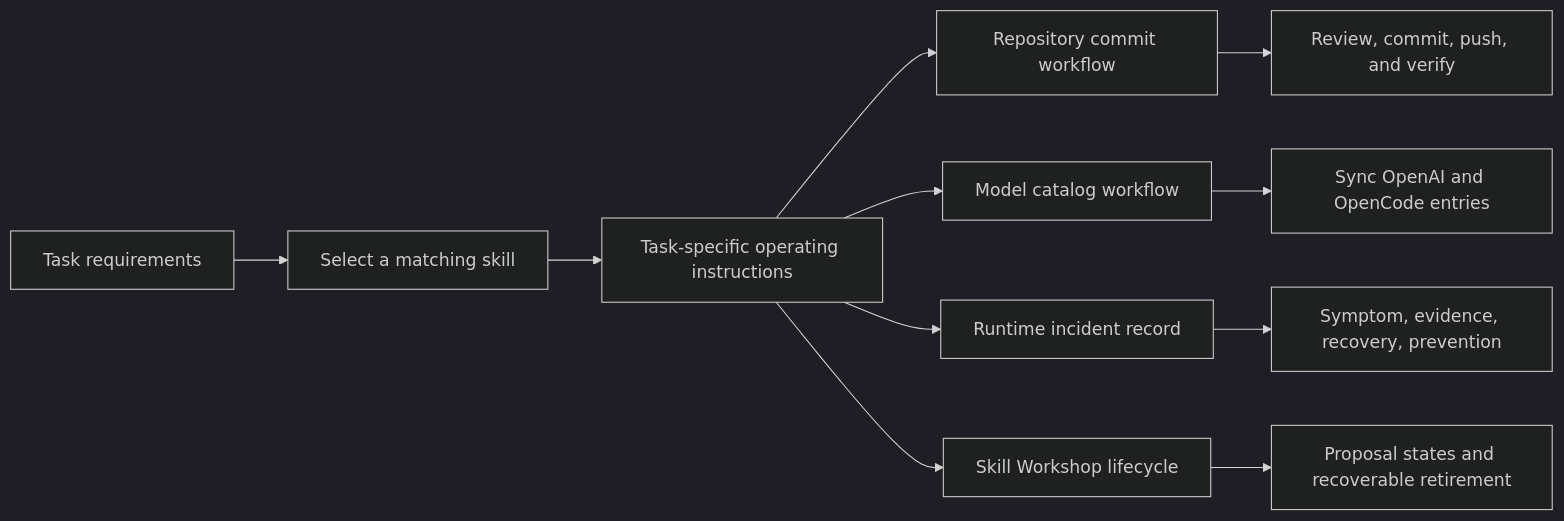
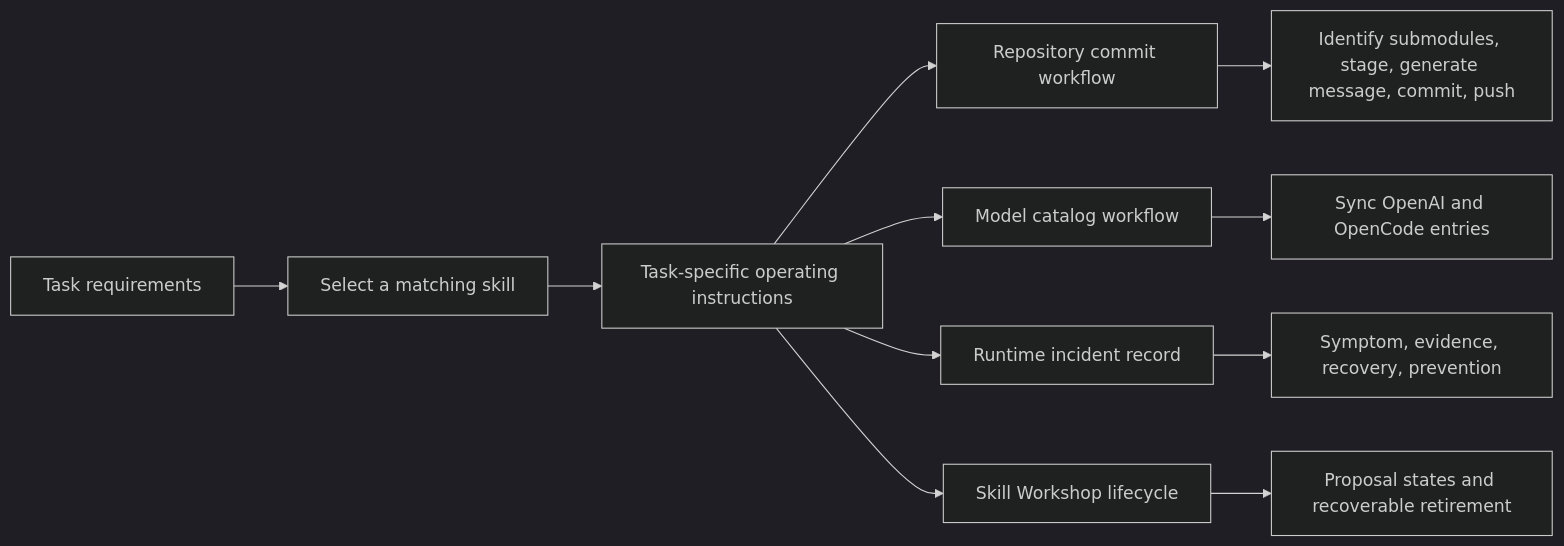
Before and after one commit to anoblet/copilot: the diagram in .agents/skills/readme.md, drawn with Mermaid (dark theme). The commit also changed 2 other files, not shown here.

Commit message:
refactor(anoblet-commit): reduce the workflow to five steps

````diff
--- a/.agents/skills/readme.md
+++ b/.agents/skills/readme.md
@@ -7,13 +7,13 @@
 ```mermaid
 flowchart LR
     A["Task requirements"] --> B["Select a matching skill"]
     B --> C["Task-specific operating instructions"]
     C --> D["Repository commit workflow"]
-    D --> E["Review, commit, push, and verify"]
+    D --> E["Identify submodules, stage, generate message, commit, push"]
     C --> F["Model catalog workflow"]
     F --> G["Sync OpenAI and OpenCode entries"]
     C --> H["Runtime incident record"]
     H --> I["Symptom, evidence, recovery, prevention"]
     C --> J["Skill Workshop lifecycle"]
     J --> K["Proposal states and recoverable retirement"]
 ```
````
